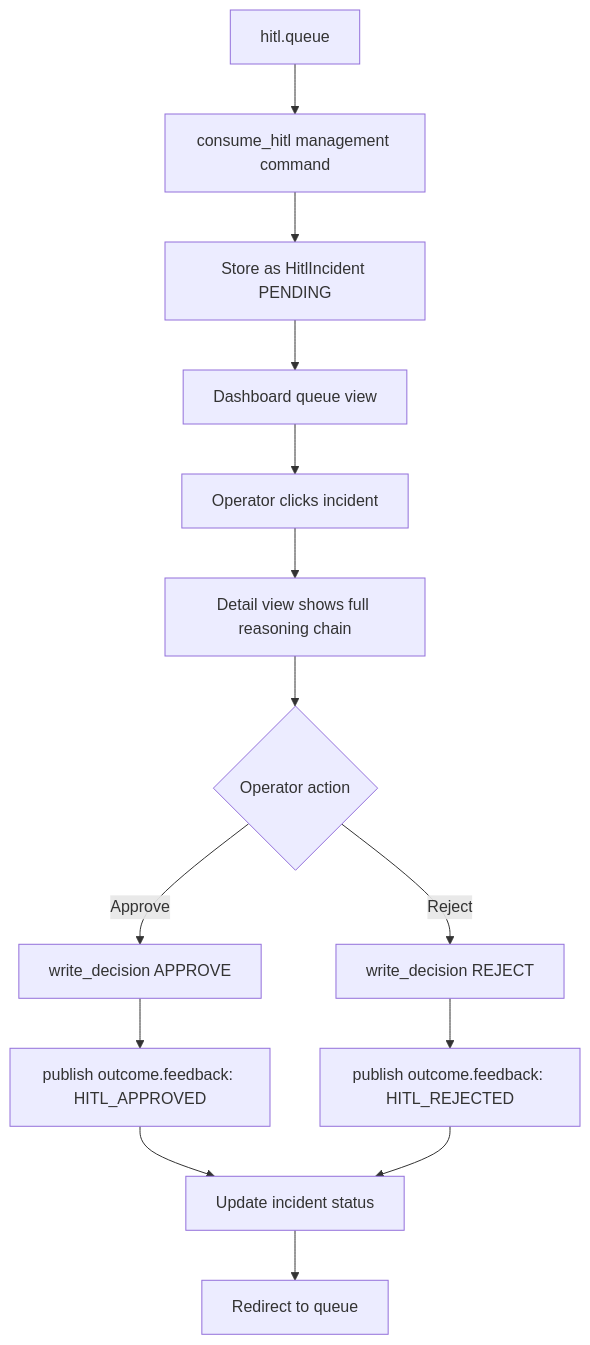
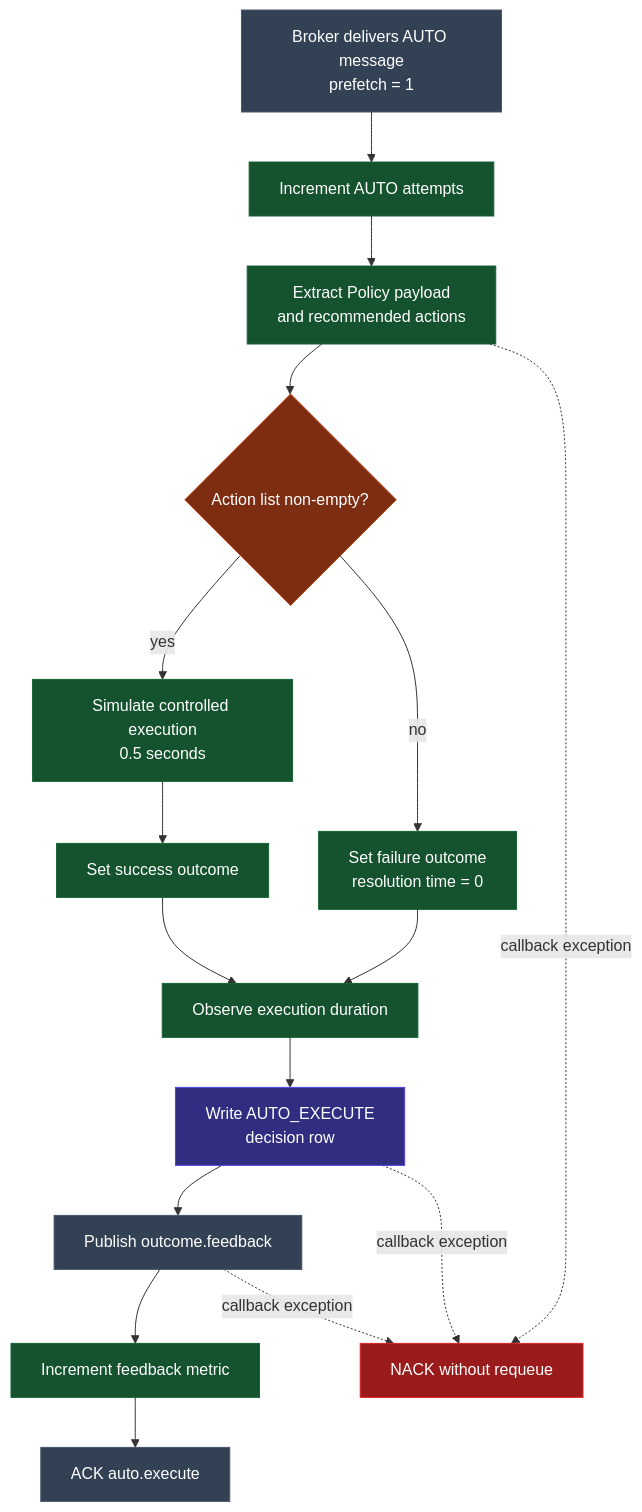
Before and after one commit to Spectre206/fyp-pipeline: the third of 13 diagrams in layer3/docs/layer3_component_log.md, drawn with Mermaid. The commit also changed other lines of this file and 19 other files, not shown here.

````diff
--- a/layer3/docs/layer3_component_log.md
+++ b/layer3/docs/layer3_component_log.md
@@ -78,16 +119,29 @@
-```mermaid
+~~~mermaid
 flowchart TD
-    A[hitl.queue] --> B[consume_hitl management command]
-    B --> C[Store as HitlIncident PENDING]
-    C --> D[Dashboard queue view]
-    D --> E[Operator clicks incident]
-    E --> F[Detail view shows full reasoning chain]
-    F --> G{Operator action}
-    G -- Approve --> H[write_decision APPROVE]
-    G -- Reject --> I[write_decision REJECT]
-    H --> J[publish outcome.feedback: HITL_APPROVED]
-    I --> K[publish outcome.feedback: HITL_REJECTED]
-    J --> L[Update incident status]
-    K --> L
-    L --> M[Redirect to queue]
-```
+    classDef process fill:#14532d,color:#fff,stroke:#166534
+    classDef decision fill:#7c2d12,color:#fff,stroke:#c2410c
+    classDef durable fill:#312e81,color:#fff,stroke:#4f46e5
+    classDef broker fill:#334155,color:#fff,stroke:#475569
+    classDef error fill:#991b1b,color:#fff,stroke:#dc2626
+
+    A[Broker delivers AUTO message<br/>prefetch = 1] --> B[Increment AUTO attempts]
+    B --> C[Extract Policy payload<br/>and recommended actions]
+    C --> D{Action list non-empty?}
+    D -->|yes| E[Simulate controlled execution<br/>0.5 seconds]
+    D -->|no| F[Set failure outcome<br/>resolution time = 0]
+    E --> G[Set success outcome]
+    F --> H[Observe execution duration]
+    G --> H
+    H --> I[Write AUTO_EXECUTE<br/>decision row]
+    I --> J[Publish outcome.feedback]
+    J --> K[Increment feedback metric]
+    K --> L[ACK auto.execute]
+    C -. callback exception .-> N[NACK without requeue]
+    I -. callback exception .-> N
+    J -. callback exception .-> N
+    class A,J,L broker
+    class B,C,E,F,G,H,K process
+    class D decision
+    class I durable
+    class N error
+~~~
````
